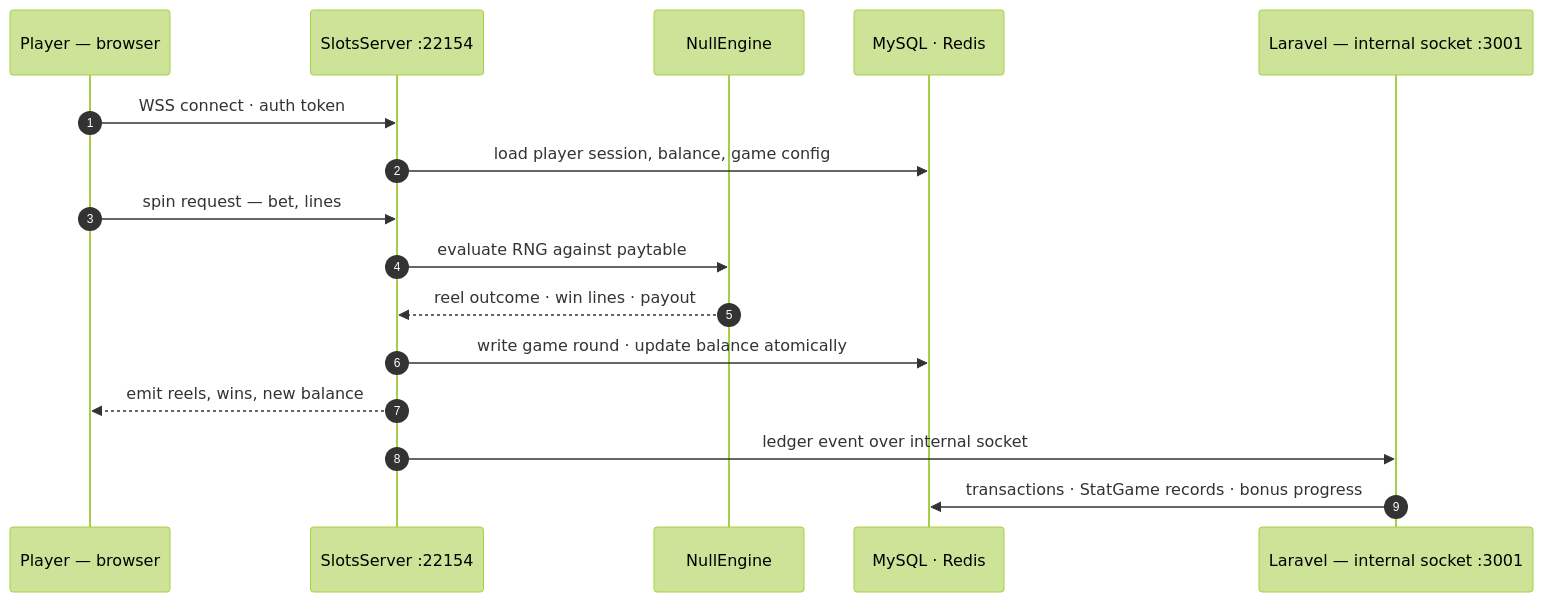
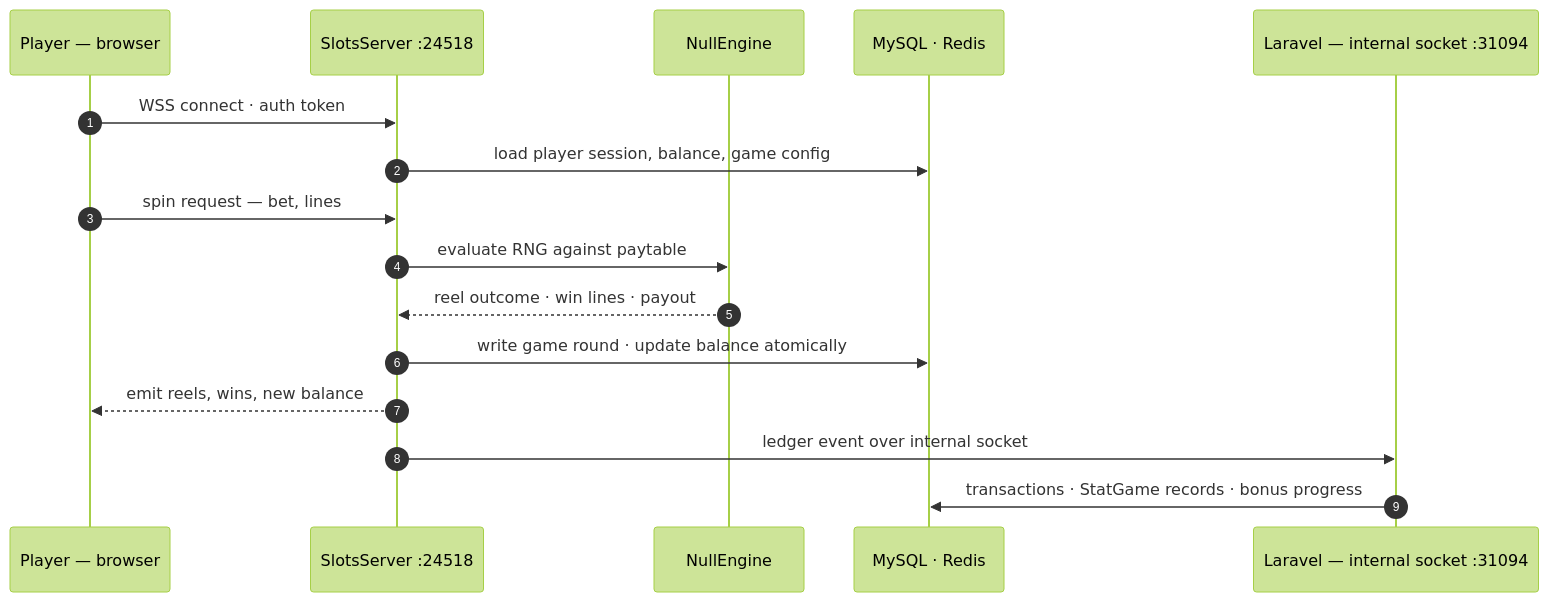
Before and after one commit to ZeusbyteInc/goldsvet: the second of 2 diagrams in README.md, drawn with Mermaid (forest theme). The commit also changed other lines of this file, not shown here.

Commit message:
Use non-default example ports in architecture diagrams

````diff
--- a/README.md
+++ b/README.md
@@ -137,19 +137,19 @@
 ```mermaid
 sequenceDiagram
     autonumber
     participant P as Player — browser
-    participant S as SlotsServer :22154
+    participant S as SlotsServer :24518
     participant K as NullEngine
     participant D as MySQL · Redis
-    participant L as Laravel — internal socket :3001
+    participant L as Laravel — internal socket :31094
 
     P->>S: WSS connect · auth token
     S->>D: load player session, balance, game config
     P->>S: spin request — bet, lines
     S->>K: evaluate RNG against paytable
     K-->>S: reel outcome · win lines · payout
     S->>D: write game round · update balance atomically
     S-->>P: emit reels, wins, new balance
     S->>L: ledger event over internal socket
     L->>D: transactions · StatGame records · bonus progress
 ```
````
